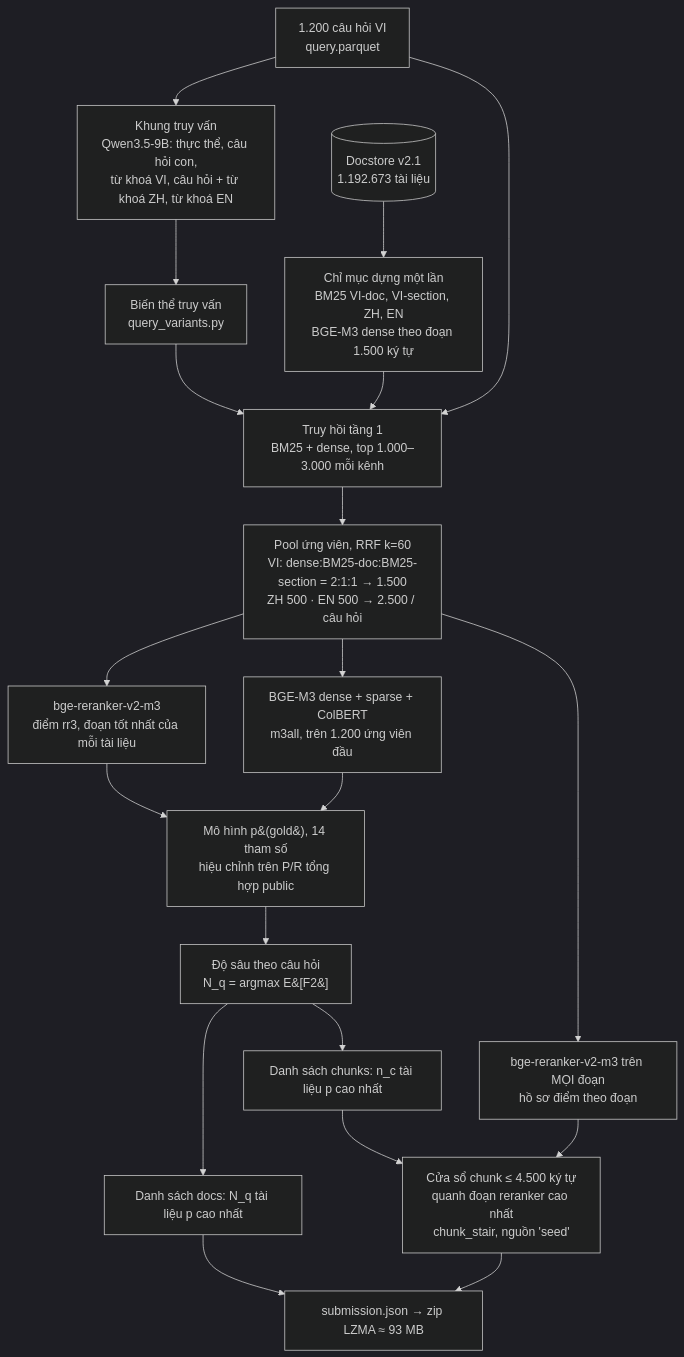
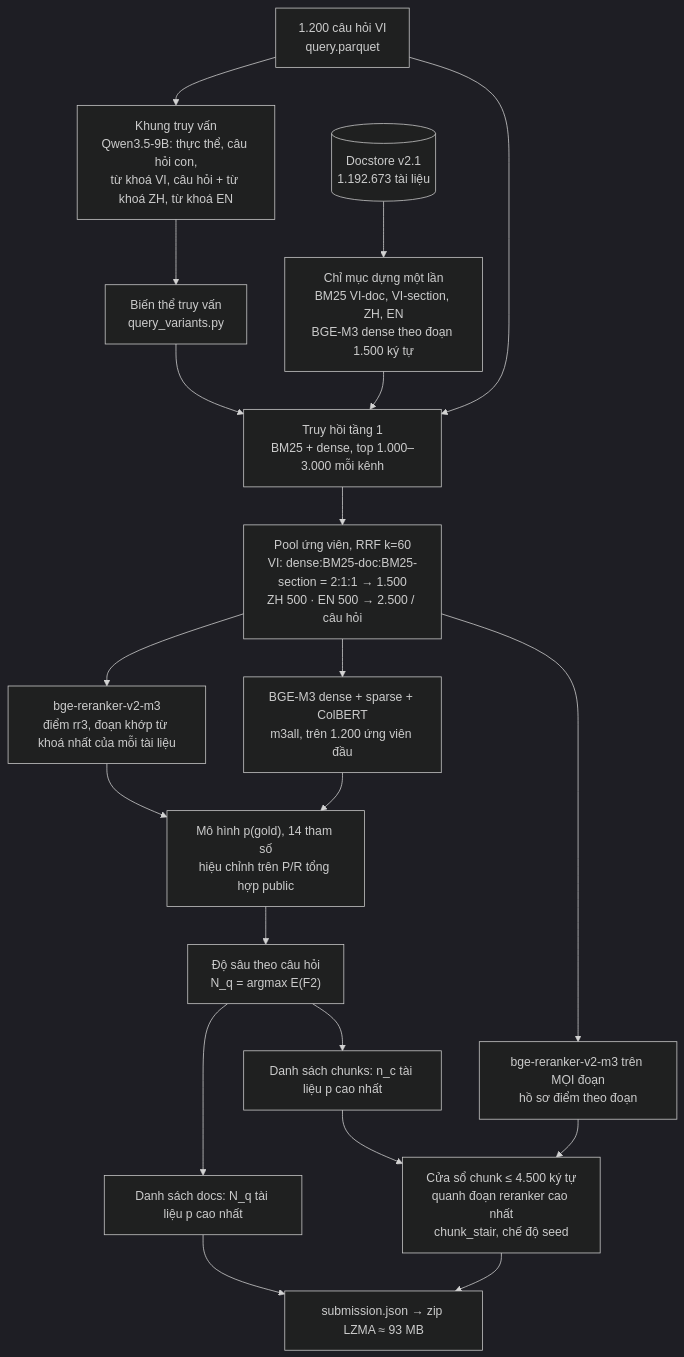
The diagram in docs/THUYET_MINH_SAN_PHAM.md (cakho6179/vibiomir), drawn with Mermaid (dark theme) before and after one commit. The commit also changed other lines of this file and 2 other files, not shown here.

Commit message:
Docs: rr3 = lexically best passage (--best-passages 1, bundle code), bundle-vs-repo code comparison, mermaid labels, local materialize marked untested; pack_release ships cited uncommitted files

````diff
--- a/docs/THUYET_MINH_SAN_PHAM.md
+++ b/docs/THUYET_MINH_SAN_PHAM.md
@@ -42,22 +42,22 @@
 ```mermaid
 flowchart TD
   Q[1.200 câu hỏi VI<br/>query.parquet] --> F[Khung truy vấn<br/>Qwen3.5-9B: thực thể, câu hỏi con,<br/>từ khoá VI, câu hỏi + từ khoá ZH, từ khoá EN]
   F --> V[Biến thể truy vấn<br/>query_variants.py]
   D[(Docstore v2.1<br/>1.192.673 tài liệu)] --> IX[Chỉ mục dựng một lần<br/>BM25 VI-doc, VI-section, ZH, EN<br/>BGE-M3 dense theo đoạn 1.500 ký tự]
   Q --> R1
   V --> R1[Truy hồi tầng 1<br/>BM25 + dense, top 1.000–3.000 mỗi kênh]
   IX --> R1
   R1 --> P[Pool ứng viên, RRF k=60<br/>VI: dense:BM25-doc:BM25-section = 2:1:1 → 1.500<br/>ZH 500 · EN 500 → 2.500 / câu hỏi]
-  P --> RR3[bge-reranker-v2-m3<br/>điểm rr3, đoạn tốt nhất của mỗi tài liệu]
+  P --> RR3["bge-reranker-v2-m3<br/>điểm rr3, đoạn khớp từ khoá nhất của mỗi tài liệu"]
   P --> M3[BGE-M3 dense + sparse + ColBERT<br/>m3all, trên 1.200 ứng viên đầu]
   P --> RR4[bge-reranker-v2-m3 trên MỌI đoạn<br/>hồ sơ điểm theo đoạn]
-  RR3 --> PG[Mô hình p&#40;gold&#41;, 14 tham số<br/>hiệu chỉnh trên P/R tổng hợp public]
+  RR3 --> PG["Mô hình p(gold), 14 tham số<br/>hiệu chỉnh trên P/R tổng hợp public"]
   M3 --> PG
-  PG --> NQ[Độ sâu theo câu hỏi<br/>N_q = argmax E&#91;F2&#93;]
+  PG --> NQ["Độ sâu theo câu hỏi<br/>N_q = argmax E(F2)"]
   NQ --> DL[Danh sách docs: N_q tài liệu p cao nhất]
   NQ --> CL[Danh sách chunks: n_c tài liệu p cao nhất]
-  RR4 --> CH[Cửa sổ chunk ≤ 4.500 ký tự<br/>quanh đoạn reranker cao nhất<br/>chunk_stair, nguồn 'seed']
+  RR4 --> CH["Cửa sổ chunk ≤ 4.500 ký tự<br/>quanh đoạn reranker cao nhất<br/>chunk_stair, chế độ seed"]
   CL --> CH
   DL --> Z[submission.json → zip LZMA ≈ 93 MB]
   CH --> Z
 ```
````
